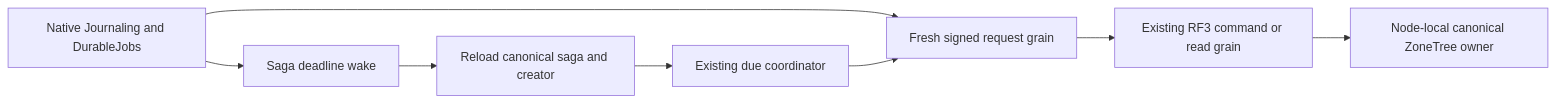
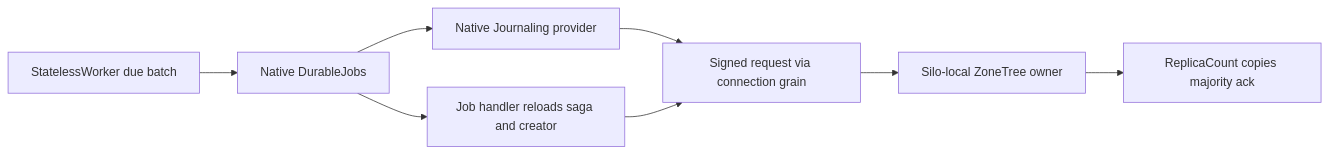
One commit to managedcode/KeyLoad changed the diagram in docs/Features/ClusterRouting/RuntimeJournal.md. Above: the diagram before and after it, drawn with Mermaid. The commit also changed other lines of this file and 7356 other files, not shown here.

````diff
--- a/docs/Features/ClusterRouting/RuntimeJournal.md
+++ b/docs/Features/ClusterRouting/RuntimeJournal.md
@@ -235,10 +11,10 @@
 ```mermaid
 flowchart LR
-  Native[Native Journaling and DurableJobs] --> Request[Fresh signed request grain]
-  Request --> Replica[Existing RF3 command or read grain]
-  Replica --> Owner[Node-local canonical ZoneTree owner]
-  Native --> Wake[Saga deadline wake]
-  Wake --> Creator[Reload canonical saga and creator]
-  Creator --> Due[Existing due coordinator]
-  Due --> Request
+  Due[StatelessWorker due batch] --> Jobs[Native DurableJobs]
+  Jobs --> Journal[Native Journaling provider]
+  Journal --> Conn[Signed request via connection grain]
+  Conn --> Owner[Silo-local ZoneTree owner]
+  Owner --> Copies[ReplicaCount copies majority ack]
+  Jobs --> Handler[Job handler reloads saga and creator]
+  Handler --> Conn
 ```
````
